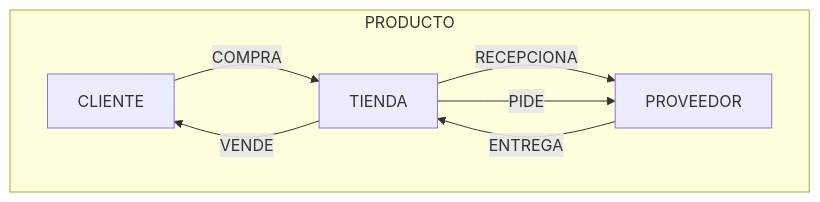
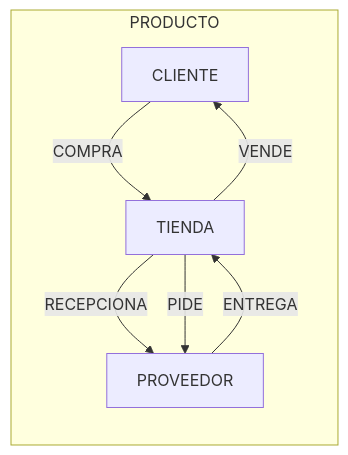
The third of 30 diagrams in 4to-Cuatrimestre/fundamentos-base-datos/proyecto/proyecto.md (rosendocamal/homeworks), drawn with Mermaid before and after one commit. The commit also changed other lines of this file and 1 other file, not shown here.

````diff
--- a/4to-Cuatrimestre/fundamentos-base-datos/proyecto/proyecto.md
+++ b/4to-Cuatrimestre/fundamentos-base-datos/proyecto/proyecto.md
@@ -84,10 +85,10 @@
 ```mermaid
-flowchart TD
+flowchart LR
 	subgraph PRODUCTO
 		CLIENTE-- COMPRA -->TIENDA
 		TIENDA-- VENDE -->CLIENTE
 		TIENDA-- RECEPCIONA -->PROVEEDOR
 		TIENDA-- PIDE -->PROVEEDOR
 		PROVEEDOR-- ENTREGA -->TIENDA
 	end
 ```
````
